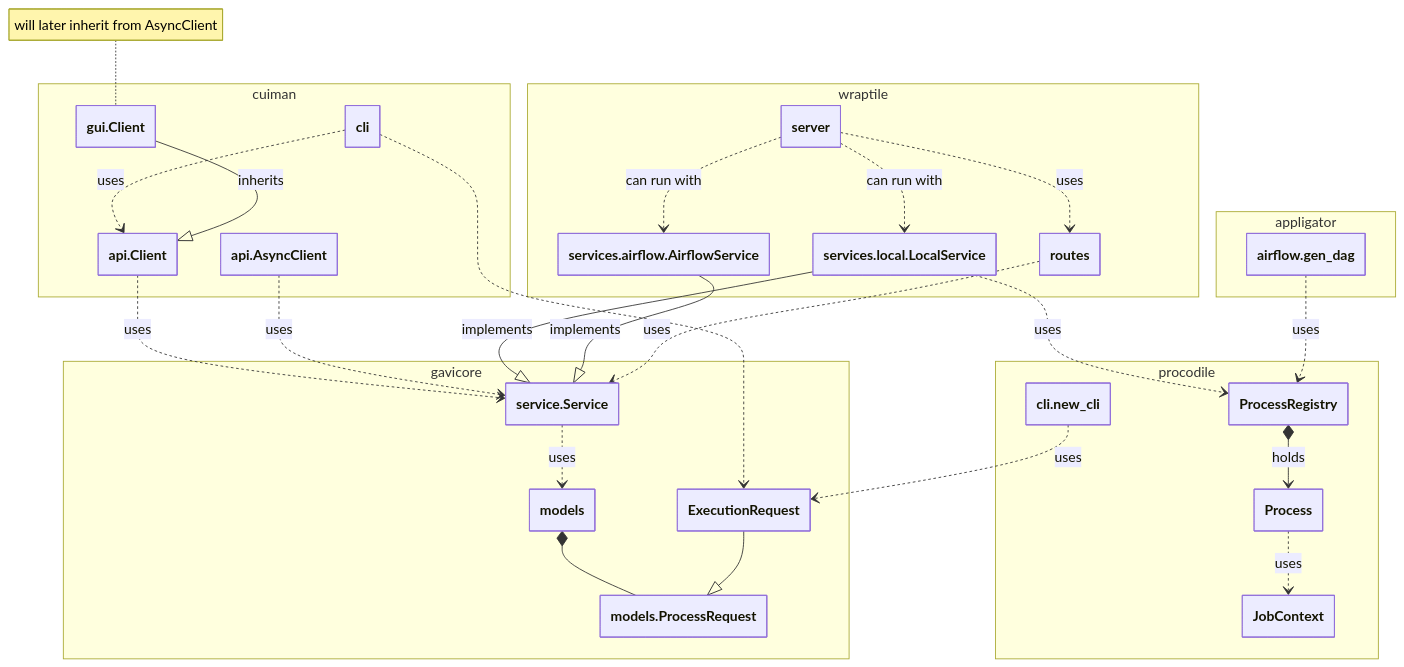
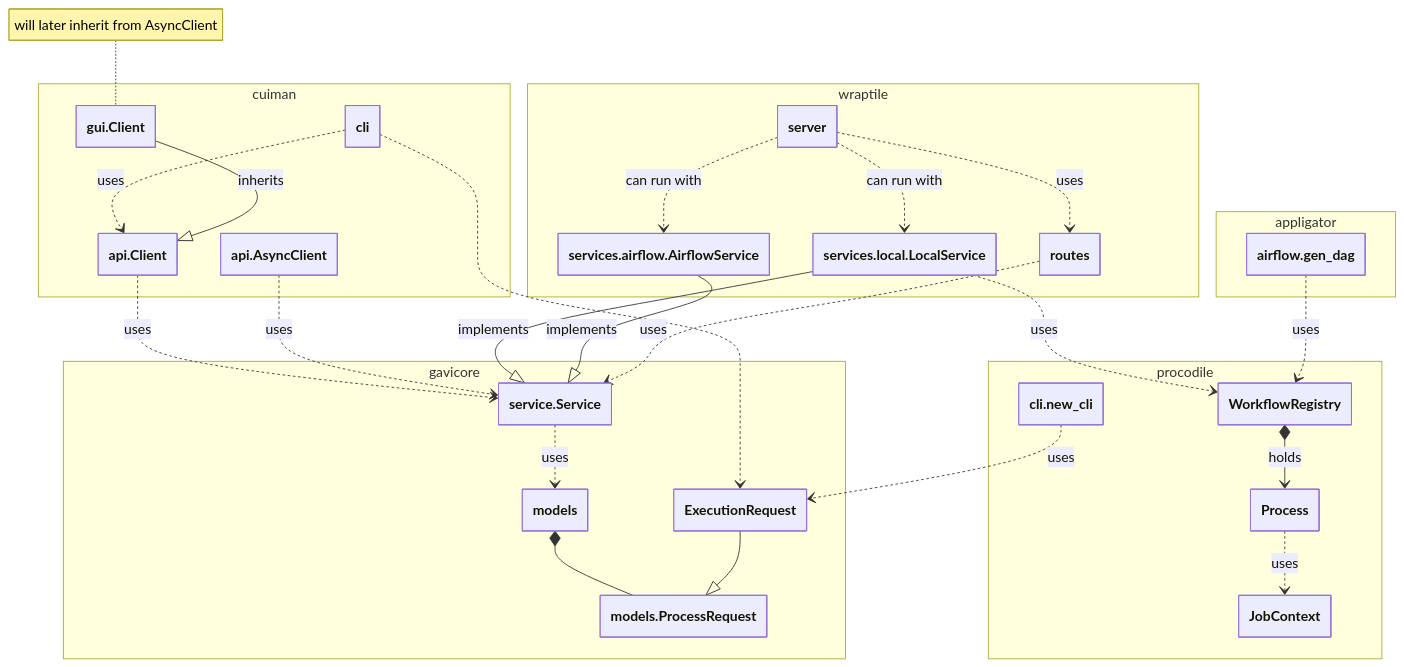
The second of 7 diagrams in docs/architecture.md (eo-tools/eozilla), drawn with Mermaid before and after one commit. The commit also changed other lines of this file and 32 other files, not shown here.

Commit message:
Replace ProcessRegistry with WorkflowRegistry - pt 2

````diff
--- a/docs/architecture.md
+++ b/docs/architecture.md
@@ -40,60 +40,60 @@
 ```mermaid
 ---
 config:
     class:
         hideEmptyMembersBox: true
     theme: default
 ---
 classDiagram
     direction TD
     namespace cuiman {
         class api.AsyncClient
         class api.Client
         class gui.Client
         class cli
     }
     namespace gavicore {
         class models
         class service.Service
         class models.ProcessRequest
         class ExecutionRequest
     }
     namespace wraptile {
         class server
         class routes
         class services.local.LocalService
         class services.airflow.AirflowService
     }
     namespace procodile {
         class JobContext
         class Process
-        class ProcessRegistry
+        class WorkflowRegistry
         class cli.new_cli
     }
     namespace appligator {
         class airflow.gen_dag
     }
 
     cli ..> api.Client : uses
     cli ..> ExecutionRequest
     gui.Client --|> api.Client : inherits
     api.Client ..> service.Service : uses
     api.AsyncClient ..> service.Service : uses
     service.Service ..> models : uses
     services.local.LocalService --|> service.Service : implements
     services.airflow.AirflowService --|> service.Service : implements
     routes ..> service.Service : uses
     server ..> routes : uses
     server ..> services.local.LocalService : can run with
     server ..> services.airflow.AirflowService : can run with
-    services.local.LocalService ..> ProcessRegistry : uses
-    airflow.gen_dag ..> ProcessRegistry : uses
-    ProcessRegistry *--> Process: holds
+    services.local.LocalService ..> WorkflowRegistry : uses
+    airflow.gen_dag ..> WorkflowRegistry : uses
+    WorkflowRegistry *--> Process: holds
     Process ..> JobContext : uses
     cli.new_cli ..> ExecutionRequest : uses
     models *-- models.ProcessRequest
     ExecutionRequest --|> models.ProcessRequest
     
     note for gui.Client "will later inherit from AsyncClient"
 
 ```
````
